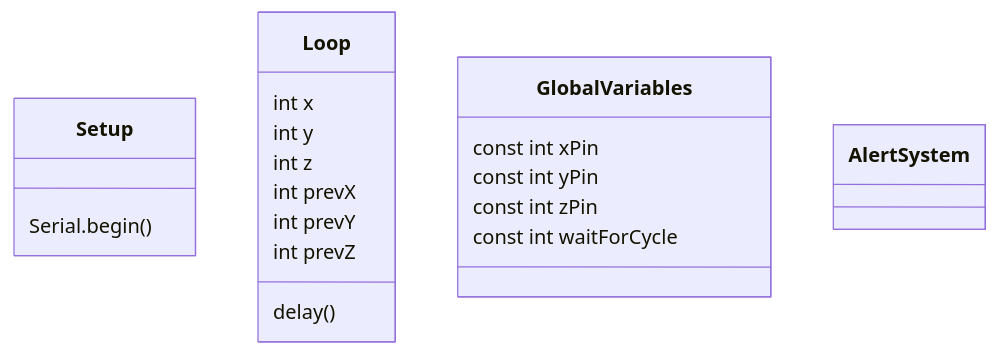
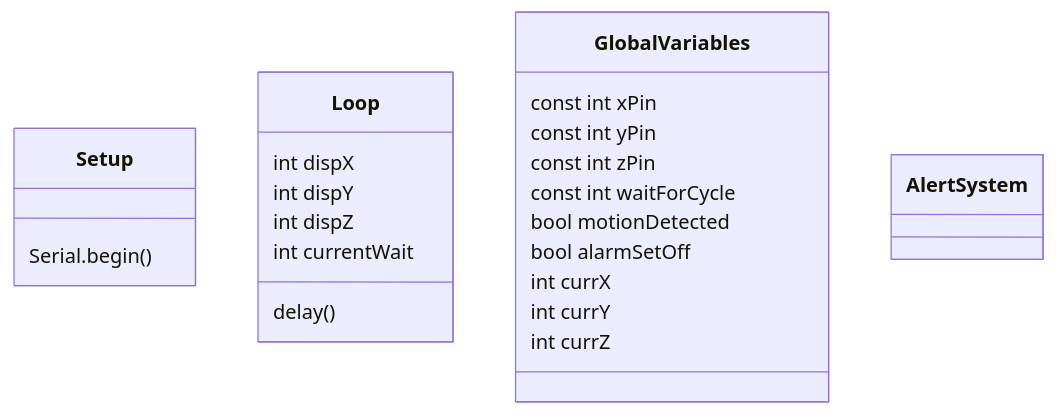
Before and after one commit to bczuniga/CS530-Laundry-Timer: the diagram in UML Diagram.md, drawn with Mermaid.

Commit message:
Moved some variables to global and added more variables to keep track of

````diff
--- a/UML Diagram.md
+++ b/UML Diagram.md
@@ -3,31 +3,32 @@
 ```mermaid
 classDiagram
 
     class Setup {
         Serial.begin()
 }
 
     class Loop {
-        int x
-        int y
-        int z
-        
-        int prevX
-        int prevY
-        int prevZ
-
+        int dispX
+        int dispY
+        int dispZ
+        int currentWait
         delay()
 
 }
 
     class GlobalVariables {
         const int xPin
         const int yPin
         const int zPin
         const int waitForCycle
+        bool motionDetected
+        bool alarmSetOff
+        int currX
+        int currY
+        int currZ
 }
 
     class AlertSystem {
         
 }
 ```
````
